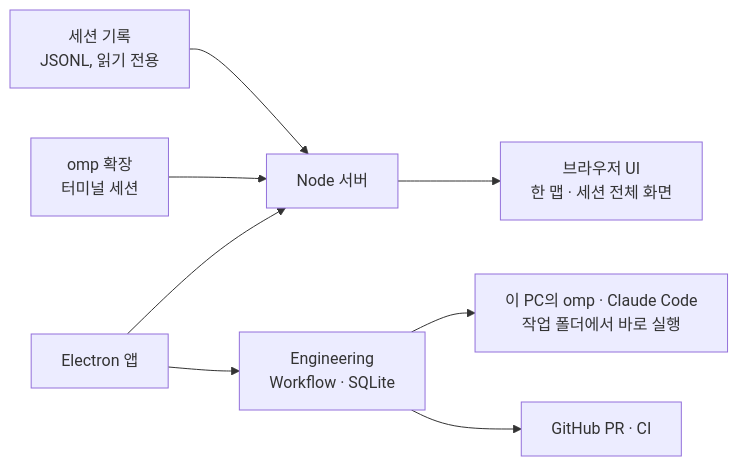
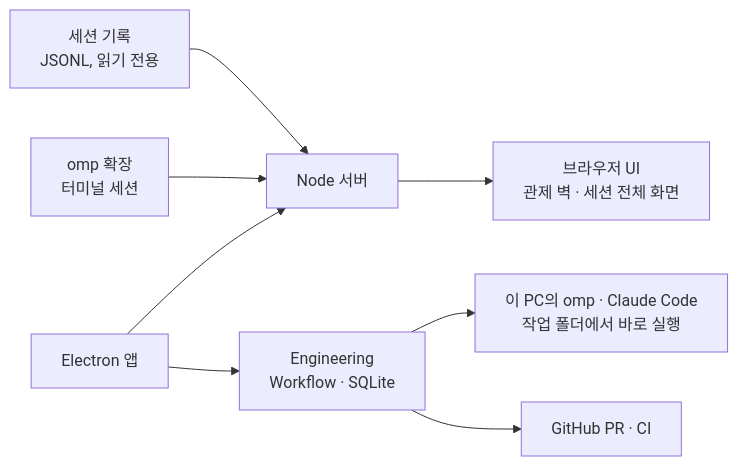
The diagram in README.md (thdrmsqhd/omp-live-map), drawn with Mermaid before and after one commit. The commit also changed other lines of this file and 19 other files, not shown here.

````diff
--- a/README.md
+++ b/README.md
@@ -92,10 +92,10 @@
 ```mermaid
 flowchart LR
   R["세션 기록<br/>JSONL, 읽기 전용"] --> S["Node 서버"]
   X["omp 확장<br/>터미널 세션"] --> S
   D["Electron 앱"] --> S
-  S --> U["브라우저 UI<br/>한 맵 · 세션 전체 화면"]
+  S --> U["브라우저 UI<br/>관제 벽 · 세션 전체 화면"]
   D --> E["Engineering<br/>Workflow · SQLite"]
   E --> C["이 PC의 omp · Claude Code<br/>작업 폴더에서 바로 실행"]
   E --> G["GitHub PR · CI"]
 ```
````
